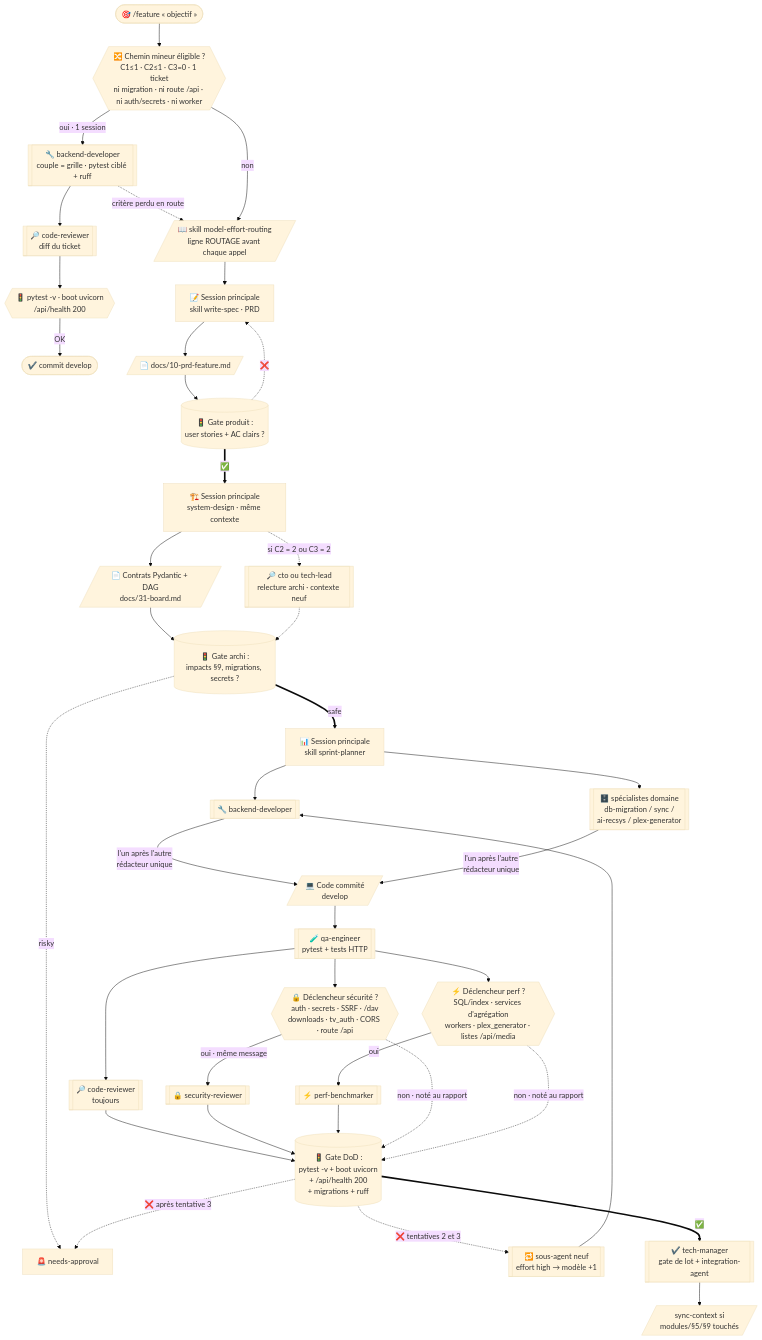
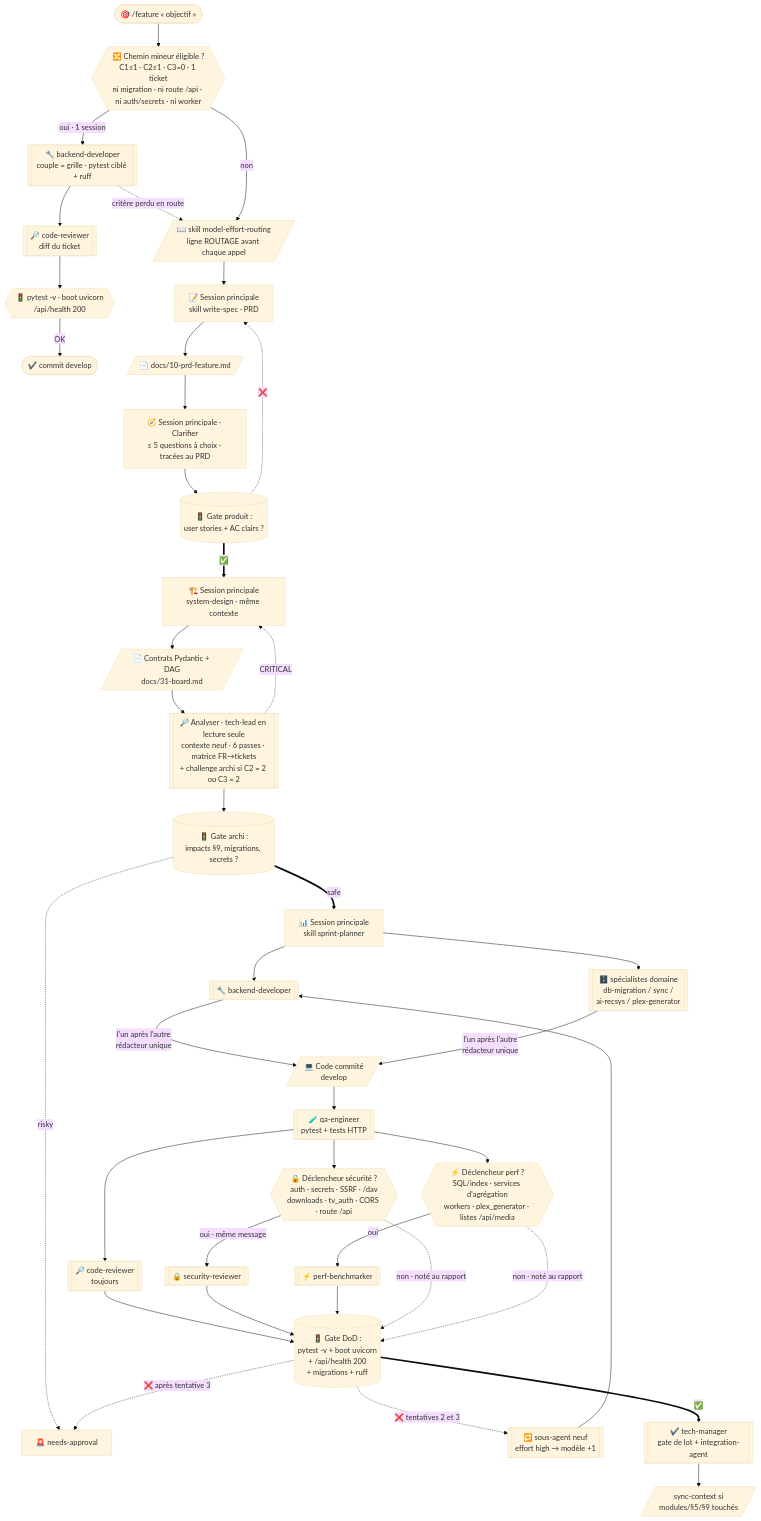
Before and after one commit to ChakirHamzaChahid/Plexhub-Backend: the sixth of 10 diagrams in .claude/WORKFLOWS-DIAGRAMS.md, drawn with Mermaid (base theme). The commit also changed other lines of this file and 5 other files, not shown here.

````diff
--- a/.claude/WORKFLOWS-DIAGRAMS.md
+++ b/.claude/WORKFLOWS-DIAGRAMS.md
@@ -150,38 +151,39 @@
 ```mermaid
 flowchart TD
   T([🎯 /feature « objectif »]) --> TRI{{🔀 Chemin mineur éligible ?<br/>C1≤1 · C2≤1 · C3=0 · 1 ticket<br/>ni migration · ni route /api · ni auth/secrets · ni worker}}
   TRI -->|oui · 1 session| M1[[🔧 backend-developer<br/>couple = grille · pytest ciblé + ruff]]
   M1 --> M2[[🔎 code-reviewer<br/>diff du ticket]]
   M2 --> M3{{🚦 pytest -v · boot uvicorn<br/>/api/health 200}}
   M3 -->|OK| MC([✔️ commit develop])
   M1 -.->|critère perdu en route| SKILL
   TRI -->|non| SKILL[/📖 skill model-effort-routing<br/>ligne ROUTAGE avant chaque appel/]
   SKILL --> P1[📝 Session principale<br/>skill write-spec · PRD]
   P1 --> PRD[/📄 docs/10-prd-feature.md/]
-  PRD --> GATE1[(🚦 Gate produit :<br/>user stories + AC clairs ?)]
+  PRD --> CLR[🧭 Session principale · Clarifier<br/>≤ 5 questions à choix · tracées au PRD]
+  CLR --> GATE1[(🚦 Gate produit :<br/>user stories + AC clairs ?)]
   GATE1 -.->|❌| P1
   GATE1 ==>|✅| P2[🏗️ Session principale<br/>system-design · même contexte]
   P2 --> ARCH[/📄 Contrats Pydantic + DAG<br/>docs/31-board.md/]
-  ARCH --> GATE2[(🚦 Gate archi :<br/>impacts §9, migrations, secrets ?)]
+  ARCH --> ANA[[🔎 Analyser · tech-lead en lecture seule<br/>contexte neuf · 6 passes · matrice FR→tickets<br/>+ challenge archi si C2 = 2 ou C3 = 2]]
+  ANA -.->|CRITICAL| P2
+  ANA --> GATE2[(🚦 Gate archi :<br/>impacts §9, migrations, secrets ?)]
   GATE2 -.->|risky| HUM[🚨 needs-approval]
-  P2 -.->|si C2 = 2 ou C3 = 2| RVA[[🔎 cto ou tech-lead<br/>relecture archi · contexte neuf]]
-  RVA -.-> GATE2
   GATE2 ==>|safe| PM[📊 Session principale<br/>skill sprint-planner]
   PM --> P3A[[🔧 backend-developer]]
   PM --> P3B[[🗄️ spécialistes domaine<br/>db-migration / sync /<br/>ai-recsys / plex-generator]]
   P3A & P3B -->|l'un après l'autre<br/>rédacteur unique| CODE[/💻 Code commité<br/>develop/]
   CODE --> P4[[🧪 qa-engineer<br/>pytest + tests HTTP]]
   P4 --> P5A[[🔎 code-reviewer<br/>toujours]]
   P4 --> DSEC{{🔒 Déclencheur sécurité ?<br/>auth · secrets · SSRF · /dav<br/>downloads · tv_auth · CORS · route /api}}
   DSEC -->|oui · même message| P5B[[🔒 security-reviewer]]
   P4 --> DPERF{{⚡ Déclencheur perf ?<br/>SQL/index · services d'agrégation<br/>workers · plex_generator · listes /api/media}}
   DPERF -->|oui| P5C[[⚡ perf-benchmarker]]
   P5A & P5B & P5C --> GATE3[(🚦 Gate DoD :<br/>pytest -v + boot uvicorn<br/>+ /api/health 200<br/>+ migrations + ruff)]
   DSEC -.->|non · noté au rapport| GATE3
   DPERF -.->|non · noté au rapport| GATE3
   GATE3 -.->|❌ tentatives 2 et 3| ESC[[🔁 sous-agent neuf<br/>effort high → modèle +1]]
   ESC --> P3A
   GATE3 -.->|❌ après tentative 3| HUM
   GATE3 ==>|✅| MERGE[[✔️ tech-manager<br/>gate de lot + integration-agent]]
   MERGE --> SC[/sync-context si<br/>modules/§5/§9 touchés/]
 ```
````
